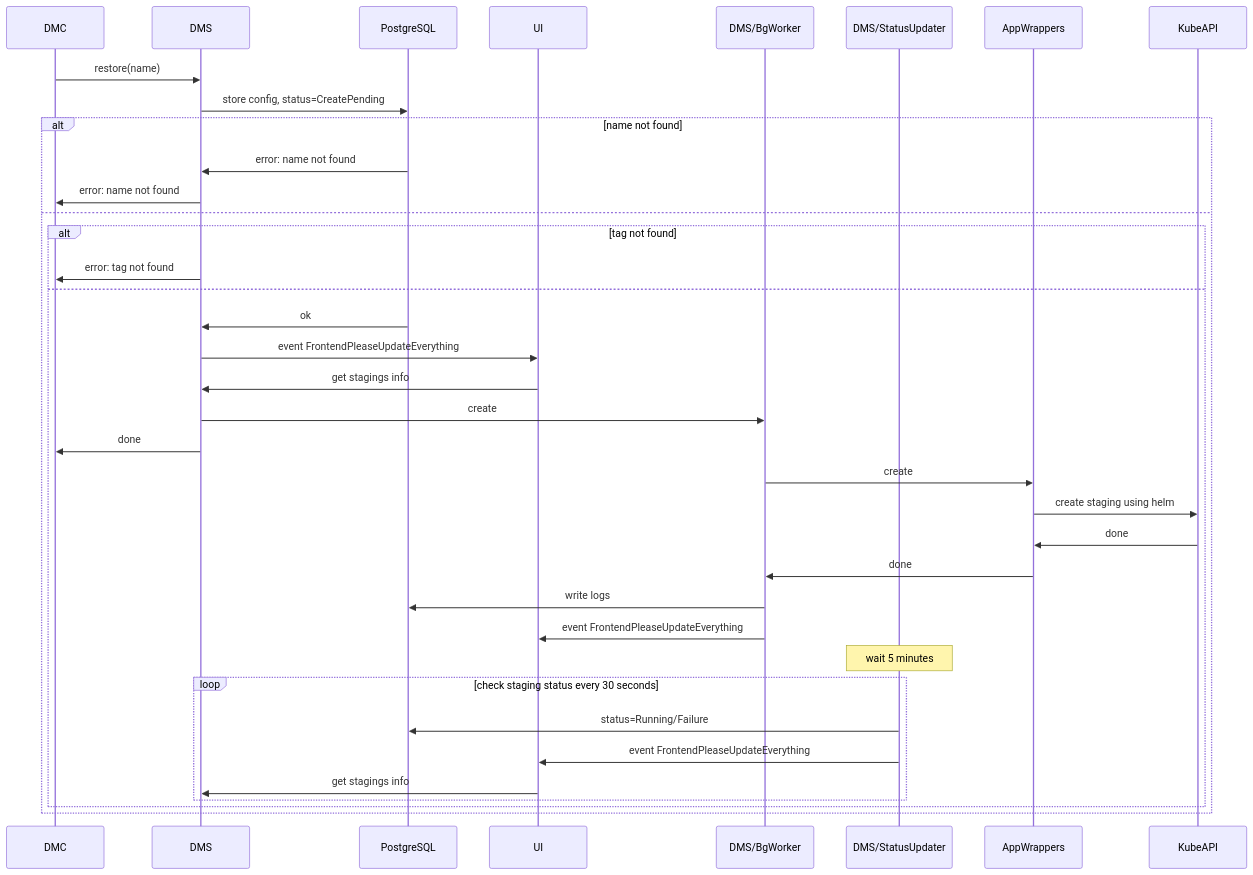
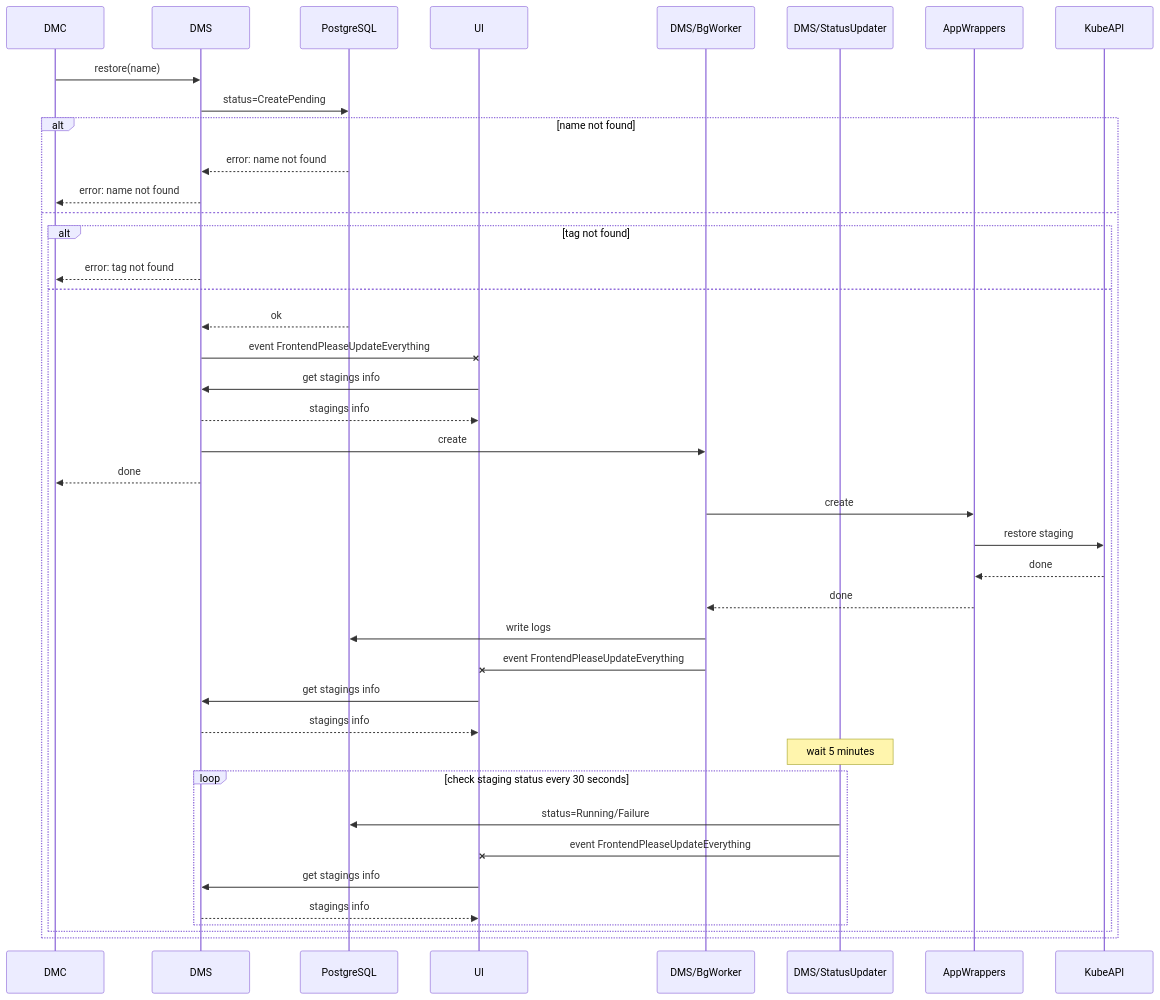
Before and after one commit to typeable/octopod: the diagram in docs/diagrams/src/technical-architecture-restore-via-cli.mmd, drawn with Mermaid. The commit also changed 23 other files, not shown here.

Commit message:
add 'Files of app wrappers' section, change arrows style of sequence diagrams

```diff
--- a/docs/diagrams/src/technical-architecture-restore-via-cli.mmd
+++ b/docs/diagrams/src/technical-architecture-restore-via-cli.mmd
@@ -1,37 +1,41 @@
 sequenceDiagram
     participant DMC
     participant DMS
     participant PostgreSQL
     participant UI
     participant DMS/BgWorker
     participant DMS/StatusUpdater
     participant AppWrappers
     participant KubeAPI
     DMC->>DMS: restore(name)
-    DMS->>PostgreSQL: store config, status=CreatePending
+    DMS->>PostgreSQL: status=CreatePending
     alt name not found
-        PostgreSQL->>DMS: error: name not found
-        DMS->>DMC: error: name not found
+        PostgreSQL-->>DMS: error: name not found
+        DMS-->>DMC: error: name not found
     else
         alt tag not found
-            DMS->>DMC: error: tag not found
+            DMS-->>DMC: error: tag not found
         else
-            PostgreSQL->>DMS: ok
-            DMS->>UI: event FrontendPleaseUpdateEverything
+            PostgreSQL-->>DMS: ok
+            DMS-xUI: event FrontendPleaseUpdateEverything
             UI->>DMS: get stagings info
+            DMS-->>UI: stagings info
             DMS->>DMS/BgWorker: create
-            DMS->>DMC: done
+            DMS-->>DMC: done
             DMS/BgWorker->>AppWrappers: create
-            AppWrappers->>KubeAPI: create staging using helm
-            KubeAPI->>AppWrappers: done
-            AppWrappers->>DMS/BgWorker: done
+            AppWrappers->>KubeAPI: restore staging
+            KubeAPI-->>AppWrappers: done
+            AppWrappers-->>DMS/BgWorker: done
             DMS/BgWorker->>PostgreSQL: write logs
-            DMS/BgWorker->>UI: event FrontendPleaseUpdateEverything
+            DMS/BgWorker-xUI: event FrontendPleaseUpdateEverything
+            UI->>DMS: get stagings info
+            DMS-->>UI: stagings info
             Note over DMS/StatusUpdater: wait 5 minutes
             loop check staging status every 30 seconds
                 DMS/StatusUpdater->>PostgreSQL: status=Running/Failure
-                DMS/StatusUpdater->>UI: event FrontendPleaseUpdateEverything
+                DMS/StatusUpdater-xUI: event FrontendPleaseUpdateEverything
                 UI->>DMS: get stagings info
+                DMS-->>UI: stagings info
             end
         end
     end
```
